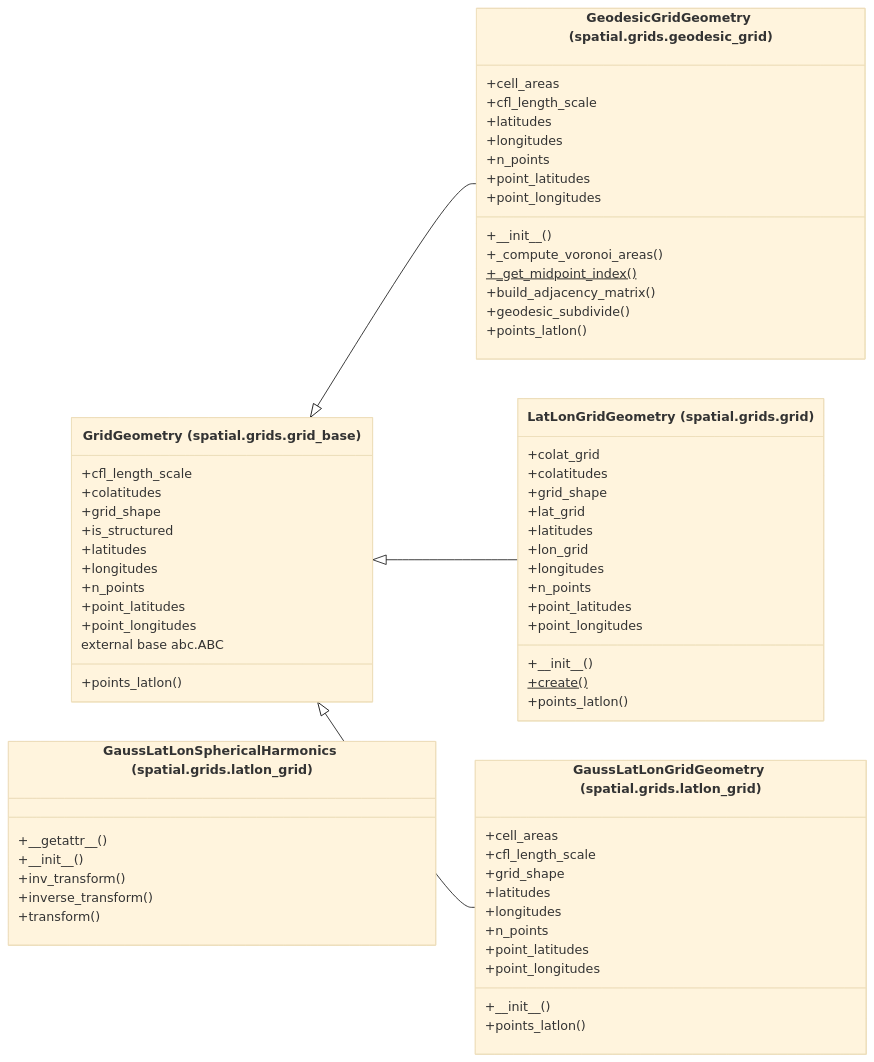
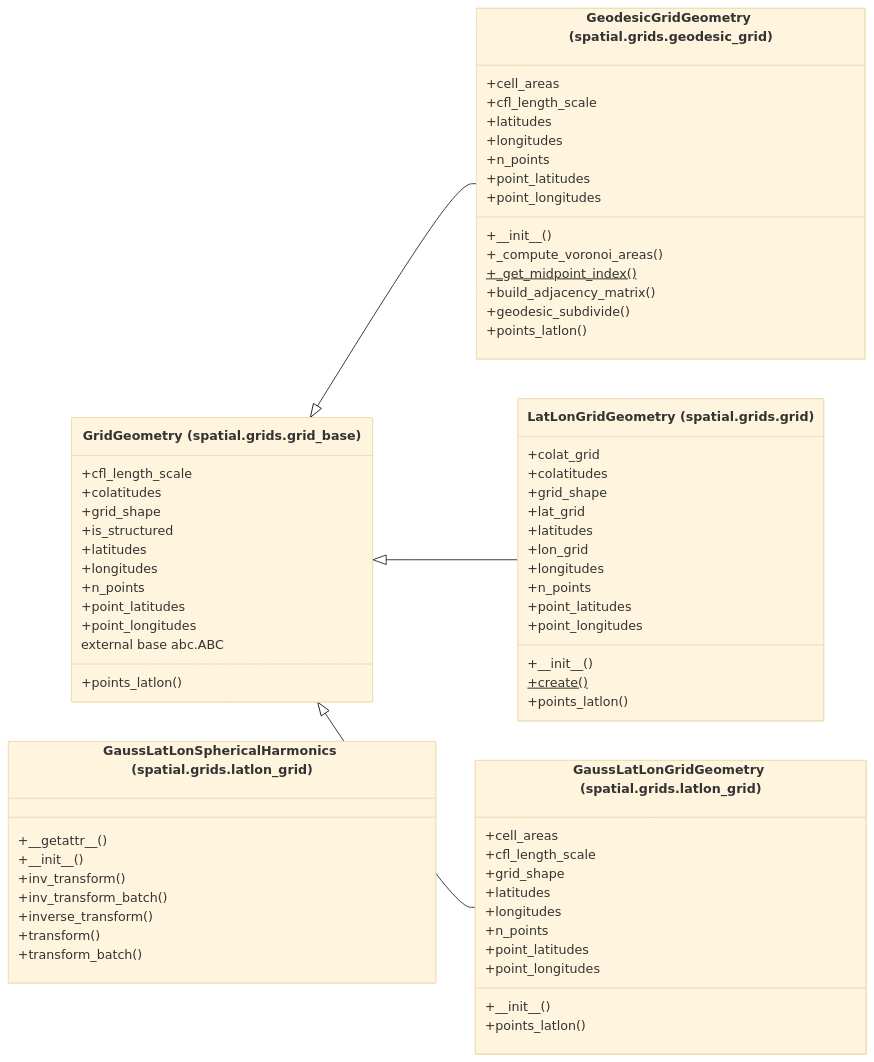
Before and after one commit to AlexandreEros/Palintropos: the diagram in docs/architecture/current/classes/tropoi.spatial.grids.mmd, drawn with Mermaid (base theme). The commit also changed 16 other files, not shown here.

```diff
--- a/docs/architecture/current/classes/tropoi.spatial.grids.mmd
+++ b/docs/architecture/current/classes/tropoi.spatial.grids.mmd
@@ -1,64 +1,66 @@
 %% Generated by tools.architecture 1.0.0. Do not edit by hand.
 %% All classes defined in package tropoi.spatial.grids.
 classDiagram
     direction LR
     class c_tropoi_ospatial_ogrids_ogeodesic__grid_oGeodesicGridGeometry["GeodesicGridGeometry (spatial.grids.geodesic_grid)"]
     c_tropoi_ospatial_ogrids_ogeodesic__grid_oGeodesicGridGeometry : +#95;#95;init#95;#95;()
     c_tropoi_ospatial_ogrids_ogeodesic__grid_oGeodesicGridGeometry : +#95;compute#95;voronoi#95;areas()
     c_tropoi_ospatial_ogrids_ogeodesic__grid_oGeodesicGridGeometry : +#95;get#95;midpoint#95;index()$
     c_tropoi_ospatial_ogrids_ogeodesic__grid_oGeodesicGridGeometry : +build#95;adjacency#95;matrix()
     c_tropoi_ospatial_ogrids_ogeodesic__grid_oGeodesicGridGeometry : +cell#95;areas
     c_tropoi_ospatial_ogrids_ogeodesic__grid_oGeodesicGridGeometry : +cfl#95;length#95;scale
     c_tropoi_ospatial_ogrids_ogeodesic__grid_oGeodesicGridGeometry : +geodesic#95;subdivide()
     c_tropoi_ospatial_ogrids_ogeodesic__grid_oGeodesicGridGeometry : +latitudes
     c_tropoi_ospatial_ogrids_ogeodesic__grid_oGeodesicGridGeometry : +longitudes
     c_tropoi_ospatial_ogrids_ogeodesic__grid_oGeodesicGridGeometry : +n#95;points
     c_tropoi_ospatial_ogrids_ogeodesic__grid_oGeodesicGridGeometry : +point#95;latitudes
     c_tropoi_ospatial_ogrids_ogeodesic__grid_oGeodesicGridGeometry : +point#95;longitudes
     c_tropoi_ospatial_ogrids_ogeodesic__grid_oGeodesicGridGeometry : +points#95;latlon()
     class c_tropoi_ospatial_ogrids_ogrid_oLatLonGridGeometry["LatLonGridGeometry (spatial.grids.grid)"]
     c_tropoi_ospatial_ogrids_ogrid_oLatLonGridGeometry : +#95;#95;init#95;#95;()
     c_tropoi_ospatial_ogrids_ogrid_oLatLonGridGeometry : +colat#95;grid
     c_tropoi_ospatial_ogrids_ogrid_oLatLonGridGeometry : +colatitudes
     c_tropoi_ospatial_ogrids_ogrid_oLatLonGridGeometry : +create()$
     c_tropoi_ospatial_ogrids_ogrid_oLatLonGridGeometry : +grid#95;shape
     c_tropoi_ospatial_ogrids_ogrid_oLatLonGridGeometry : +lat#95;grid
     c_tropoi_ospatial_ogrids_ogrid_oLatLonGridGeometry : +latitudes
     c_tropoi_ospatial_ogrids_ogrid_oLatLonGridGeometry : +lon#95;grid
     c_tropoi_ospatial_ogrids_ogrid_oLatLonGridGeometry : +longitudes
     c_tropoi_ospatial_ogrids_ogrid_oLatLonGridGeometry : +n#95;points
     c_tropoi_ospatial_ogrids_ogrid_oLatLonGridGeometry : +point#95;latitudes
     c_tropoi_ospatial_ogrids_ogrid_oLatLonGridGeometry : +point#95;longitudes
     c_tropoi_ospatial_ogrids_ogrid_oLatLonGridGeometry : +points#95;latlon()
     class c_tropoi_ospatial_ogrids_ogrid__base_oGridGeometry["GridGeometry (spatial.grids.grid_base)"]
     c_tropoi_ospatial_ogrids_ogrid__base_oGridGeometry : +cfl#95;length#95;scale
     c_tropoi_ospatial_ogrids_ogrid__base_oGridGeometry : +colatitudes
     c_tropoi_ospatial_ogrids_ogrid__base_oGridGeometry : +grid#95;shape
     c_tropoi_ospatial_ogrids_ogrid__base_oGridGeometry : +is#95;structured
     c_tropoi_ospatial_ogrids_ogrid__base_oGridGeometry : +latitudes
     c_tropoi_ospatial_ogrids_ogrid__base_oGridGeometry : +longitudes
     c_tropoi_ospatial_ogrids_ogrid__base_oGridGeometry : +n#95;points
     c_tropoi_ospatial_ogrids_ogrid__base_oGridGeometry : +point#95;latitudes
     c_tropoi_ospatial_ogrids_ogrid__base_oGridGeometry : +point#95;longitudes
     c_tropoi_ospatial_ogrids_ogrid__base_oGridGeometry : +points#95;latlon()
     c_tropoi_ospatial_ogrids_ogrid__base_oGridGeometry : external base abc.ABC
     class c_tropoi_ospatial_ogrids_olatlon__grid_oGaussLatLonGridGeometry["GaussLatLonGridGeometry (spatial.grids.latlon_grid)"]
     c_tropoi_ospatial_ogrids_olatlon__grid_oGaussLatLonGridGeometry : +#95;#95;init#95;#95;()
     c_tropoi_ospatial_ogrids_olatlon__grid_oGaussLatLonGridGeometry : +cell#95;areas
     c_tropoi_ospatial_ogrids_olatlon__grid_oGaussLatLonGridGeometry : +cfl#95;length#95;scale
     c_tropoi_ospatial_ogrids_olatlon__grid_oGaussLatLonGridGeometry : +grid#95;shape
     c_tropoi_ospatial_ogrids_olatlon__grid_oGaussLatLonGridGeometry : +latitudes
     c_tropoi_ospatial_ogrids_olatlon__grid_oGaussLatLonGridGeometry : +longitudes
     c_tropoi_ospatial_ogrids_olatlon__grid_oGaussLatLonGridGeometry : +n#95;points
     c_tropoi_ospatial_ogrids_olatlon__grid_oGaussLatLonGridGeometry : +point#95;latitudes
     c_tropoi_ospatial_ogrids_olatlon__grid_oGaussLatLonGridGeometry : +point#95;longitudes
     c_tropoi_ospatial_ogrids_olatlon__grid_oGaussLatLonGridGeometry : +points#95;latlon()
     class c_tropoi_ospatial_ogrids_olatlon__grid_oGaussLatLonSphericalHarmonics["GaussLatLonSphericalHarmonics (spatial.grids.latlon_grid)"]
     c_tropoi_ospatial_ogrids_olatlon__grid_oGaussLatLonSphericalHarmonics : +#95;#95;getattr#95;#95;()
     c_tropoi_ospatial_ogrids_olatlon__grid_oGaussLatLonSphericalHarmonics : +#95;#95;init#95;#95;()
     c_tropoi_ospatial_ogrids_olatlon__grid_oGaussLatLonSphericalHarmonics : +inv#95;transform()
+    c_tropoi_ospatial_ogrids_olatlon__grid_oGaussLatLonSphericalHarmonics : +inv#95;transform#95;batch()
     c_tropoi_ospatial_ogrids_olatlon__grid_oGaussLatLonSphericalHarmonics : +inverse#95;transform()
     c_tropoi_ospatial_ogrids_olatlon__grid_oGaussLatLonSphericalHarmonics : +transform()
+    c_tropoi_ospatial_ogrids_olatlon__grid_oGaussLatLonSphericalHarmonics : +transform#95;batch()
     c_tropoi_ospatial_ogrids_ogrid__base_oGridGeometry <|-- c_tropoi_ospatial_ogrids_ogeodesic__grid_oGeodesicGridGeometry
     c_tropoi_ospatial_ogrids_ogrid__base_oGridGeometry <|-- c_tropoi_ospatial_ogrids_ogrid_oLatLonGridGeometry
     c_tropoi_ospatial_ogrids_ogrid__base_oGridGeometry <|-- c_tropoi_ospatial_ogrids_olatlon__grid_oGaussLatLonGridGeometry
```
